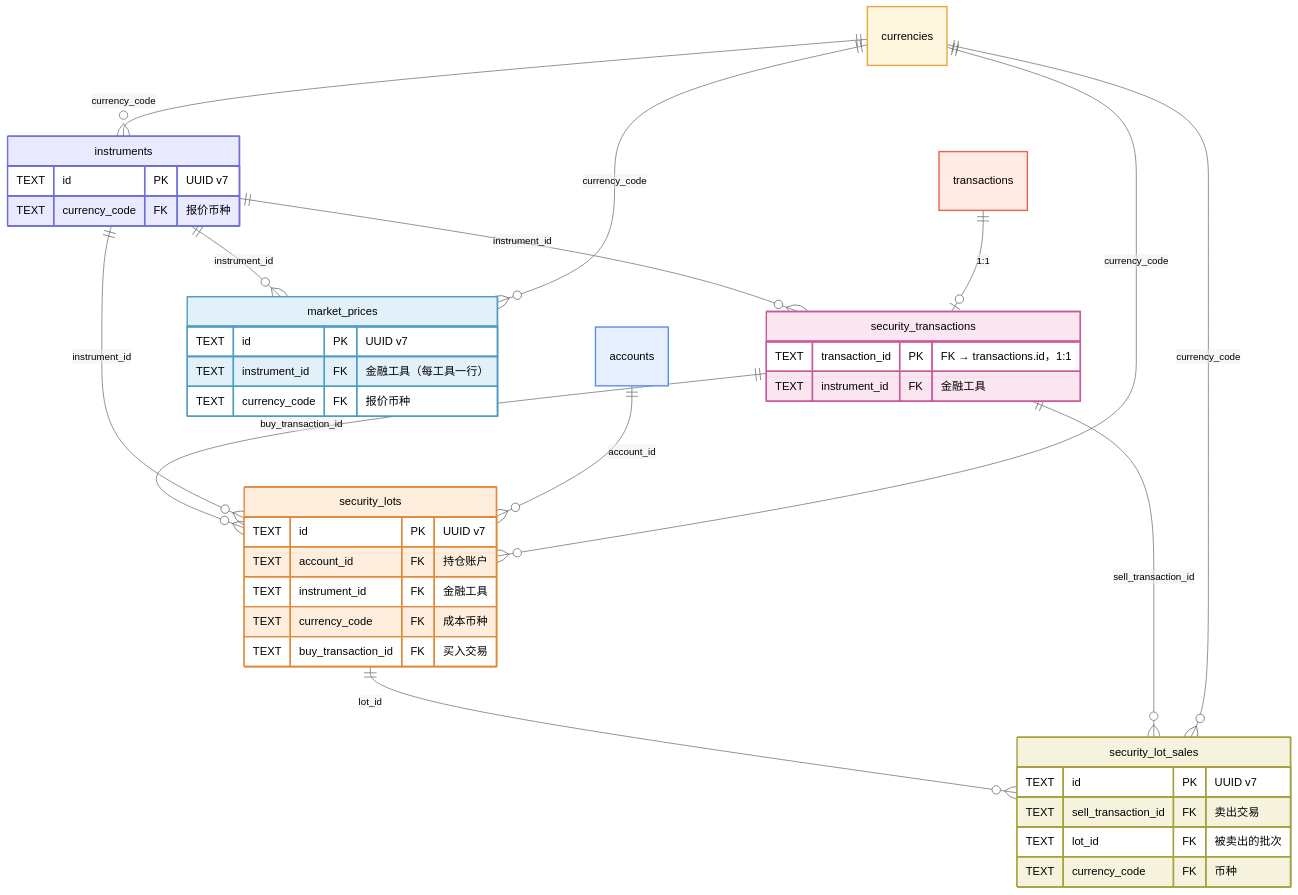
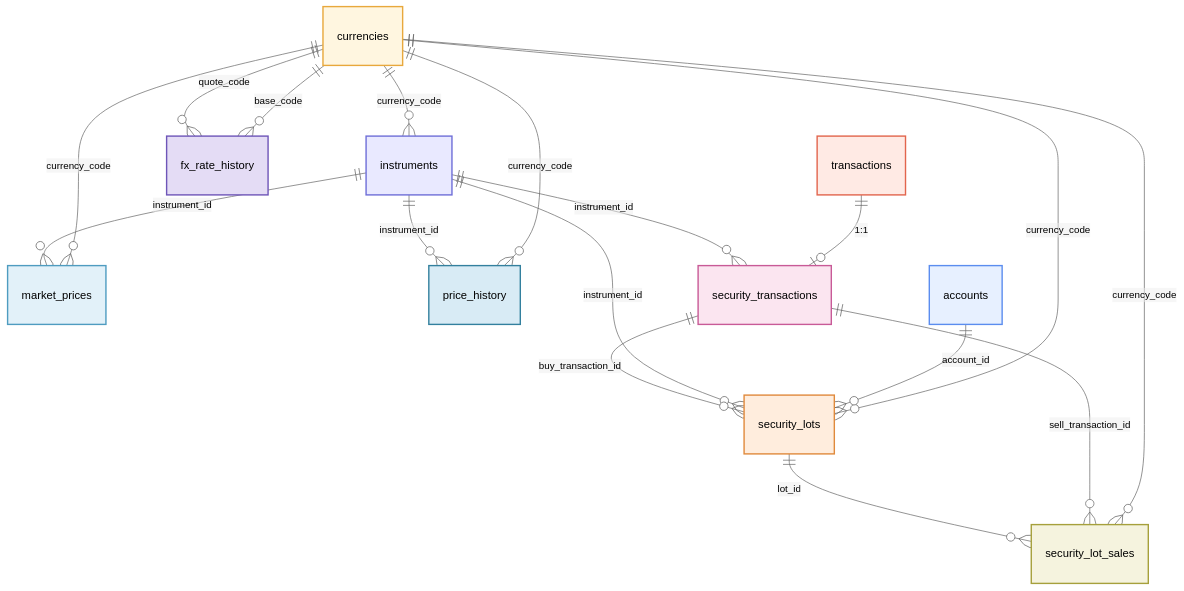
One commit to asiazhang/ledger changed the second of 3 diagrams in docs/model/README.md. Above: the diagram before and after it, drawn with Mermaid (neutral theme). The commit also changed other lines of this file and 16 other files, not shown here.

First line of the commit message:
docs(model): 模型文档收口——删单表文档、README 瘦身、ER 图补新实体（#276）

````diff
--- a/docs/model/README.md
+++ b/docs/model/README.md
@@ -103,51 +50,30 @@
 ```mermaid
 erDiagram
-    instruments {
-        TEXT id PK "UUID v7"
-        TEXT currency_code FK "报价币种"
-    }
-    security_transactions {
-        TEXT transaction_id PK "FK → transactions.id，1:1"
-        TEXT instrument_id FK "金融工具"
-    }
-    security_lots {
-        TEXT id PK "UUID v7"
-        TEXT account_id FK "持仓账户"
-        TEXT instrument_id FK "金融工具"
-        TEXT currency_code FK "成本币种"
-        TEXT buy_transaction_id FK "买入交易"
-    }
-    security_lot_sales {
-        TEXT id PK "UUID v7"
-        TEXT sell_transaction_id FK "卖出交易"
-        TEXT lot_id FK "被卖出的批次"
-        TEXT currency_code FK "币种"
-    }
-    market_prices {
-        TEXT id PK "UUID v7"
-        TEXT instrument_id FK "金融工具（每工具一行）"
-        TEXT currency_code FK "报价币种"
-    }
-
     currencies ||--o{ instruments : "currency_code"
     currencies ||--o{ security_lots : "currency_code"
     currencies ||--o{ security_lot_sales : "currency_code"
     currencies ||--o{ market_prices : "currency_code"
+    currencies ||--o{ price_history : "currency_code"
+    currencies ||--o{ fx_rate_history : "base_code"
+    currencies ||--o{ fx_rate_history : "quote_code"
     accounts ||--o{ security_lots : "account_id"
     transactions ||--o| security_transactions : "1:1"
     instruments ||--o{ security_transactions : "instrument_id"
     instruments ||--o{ security_lots : "instrument_id"
     instruments ||--o{ market_prices : "instrument_id"
+    instruments ||--o{ price_history : "instrument_id"
     security_transactions ||--o{ security_lots : "buy_transaction_id"
     security_transactions ||--o{ security_lot_sales : "sell_transaction_id"
     security_lots ||--o{ security_lot_sales : "lot_id"
 
     style currencies fill:#FFF6E0,stroke:#E8A83C,stroke-width:2px
     style accounts fill:#E7F0FF,stroke:#5B8DEF,stroke-width:2px
     style transactions fill:#FFEAE4,stroke:#E2654D,stroke-width:2px
     style instruments fill:#E9E9FF,stroke:#6F6FD8,stroke-width:2px
     style security_transactions fill:#FBE5F0,stroke:#C85A97,stroke-width:2px
     style security_lots fill:#FFEDDD,stroke:#E08A3C,stroke-width:2px
     style security_lot_sales fill:#F5F3DE,stroke:#A6A03C,stroke-width:2px
     style market_prices fill:#E2F1F9,stroke:#4E9CC0,stroke-width:2px
+    style price_history fill:#D8EBF5,stroke:#33809E,stroke-width:2px
+    style fx_rate_history fill:#E4DCF5,stroke:#6E55B8,stroke-width:2px
 ```
````
